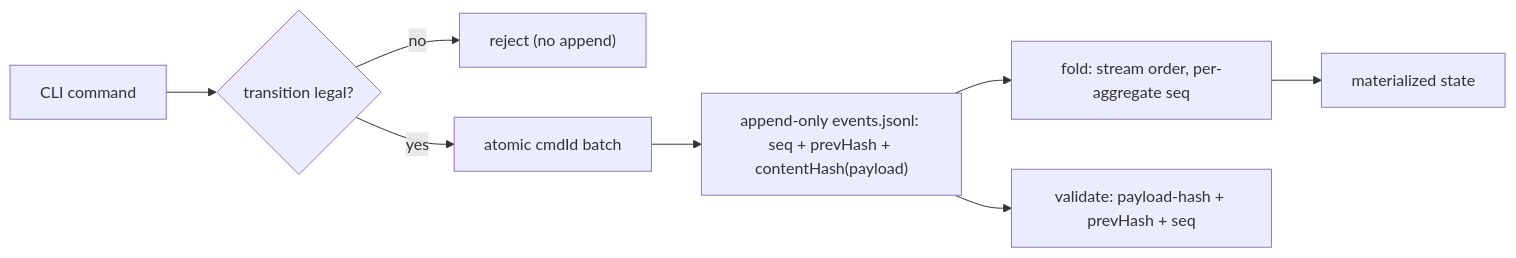
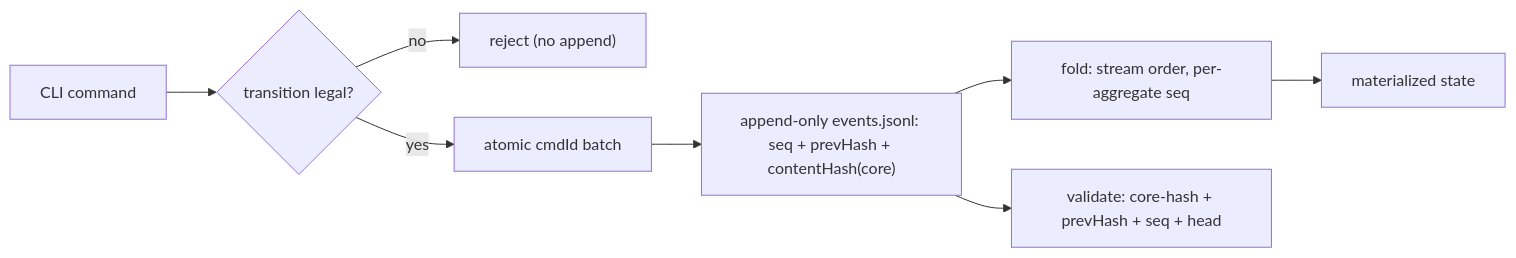
One commit to rhanka/track changed the fourth of 5 diagrams in docs/spec/SPEC.md. Above: the diagram before and after it, drawn with Mermaid. The commit also changed other lines of this file and 37 other files, not shown here.

````diff
--- a/docs/spec/SPEC.md
+++ b/docs/spec/SPEC.md
@@ -64,10 +64,10 @@
 ```mermaid
 flowchart LR
   CMD["CLI command"] --> G{"transition legal?"}
   G -->|no| REJ["reject (no append)"]
   G -->|yes| B["atomic cmdId batch"]
-  B --> L["append-only events.jsonl: seq + prevHash + contentHash(payload)"]
+  B --> L["append-only events.jsonl: seq + prevHash + contentHash(core)"]
   L --> F["fold: stream order, per-aggregate seq"]
   F --> ST["materialized state"]
-  L --> V["validate: payload-hash + prevHash + seq"]
+  L --> V["validate: core-hash + prevHash + seq + head"]
 ```
````
